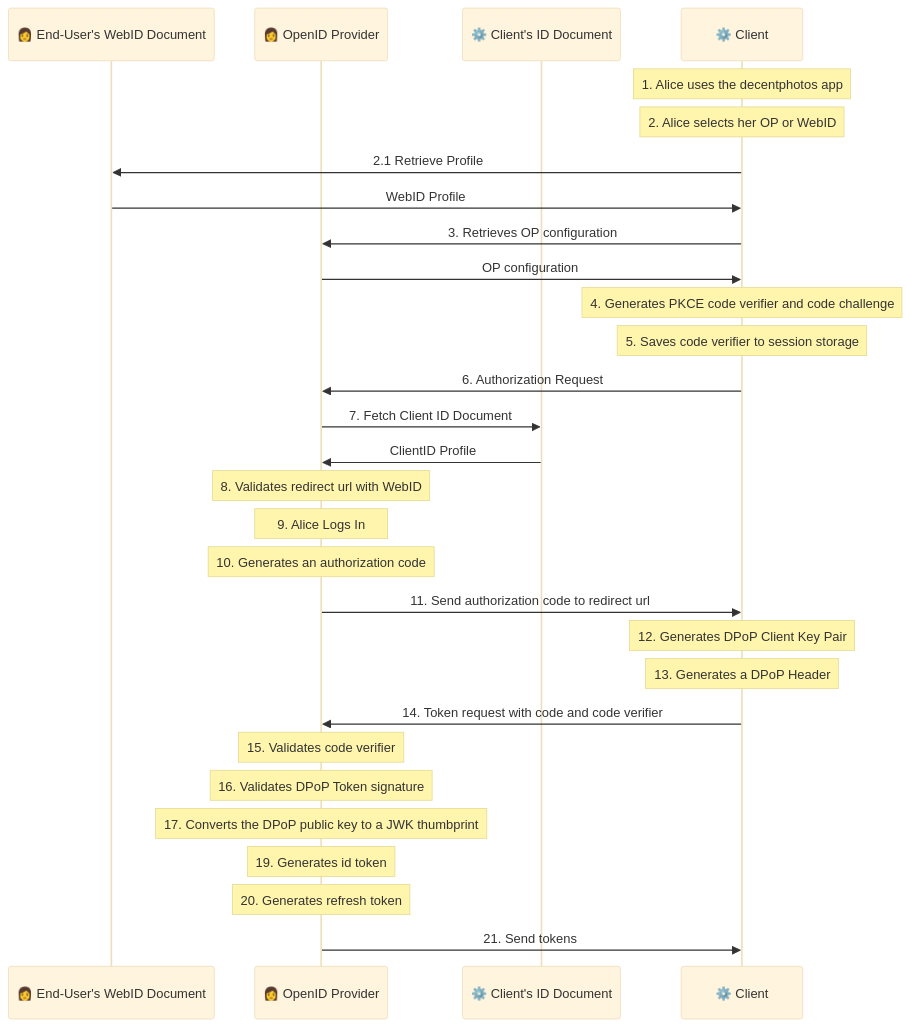
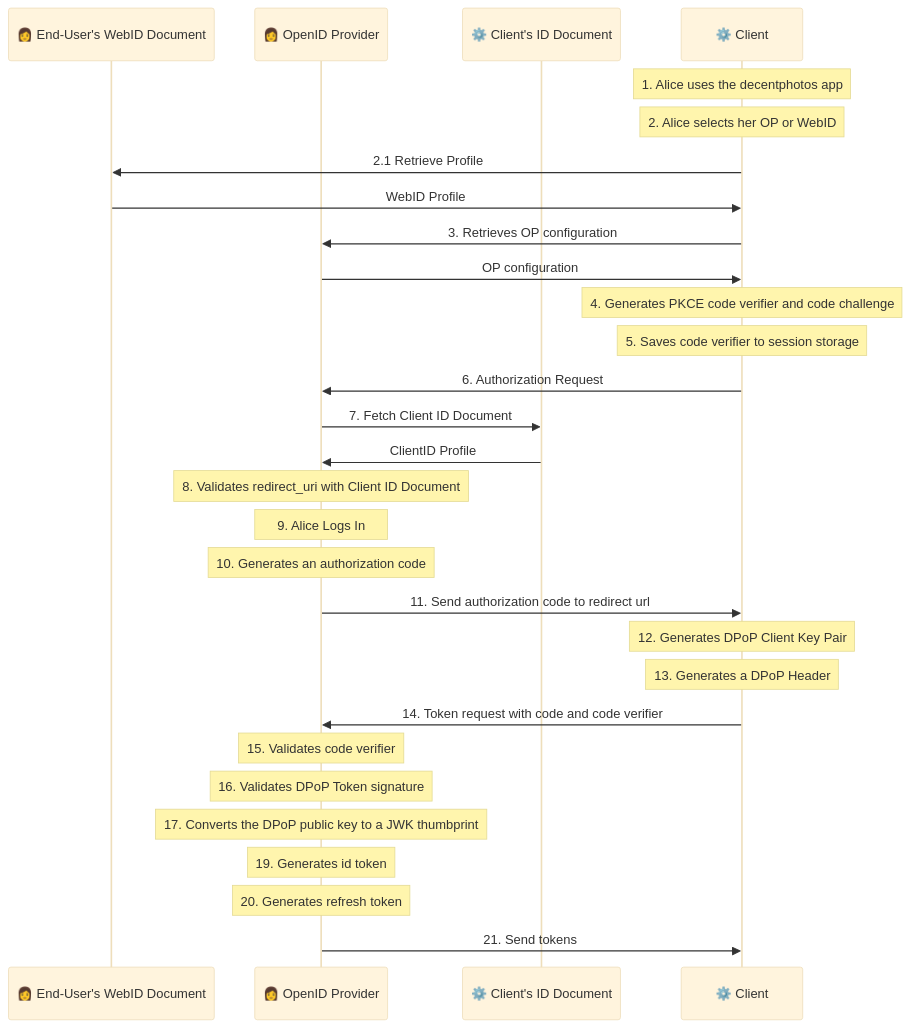
The diagram in primer/primer-login.mmd (solid/solid-oidc), drawn with Mermaid (base theme) before and after one commit.

Commit message:
Login diagram step 8 matches Client ID Document

```diff
--- a/primer/primer-login.mmd
+++ b/primer/primer-login.mmd
@@ -1,29 +1,29 @@
 sequenceDiagram
   participant WebID as 👩 End-User's WebID Document
   participant OP as 👩 OpenID Provider
   participant ClientID as ⚙️ Client's ID Document
   participant Client as ⚙️ Client
   note over Client: 1. Alice uses the decentphotos app
   note over Client: 2. Alice selects her OP or WebID
   Client->>WebID: 2.1 Retrieve Profile
   WebID->>Client: WebID Profile
   Client->>OP: 3. Retrieves OP configuration
   OP->>Client: OP configuration
   note over Client: 4. Generates PKCE code verifier and code challenge
   note over Client: 5. Saves code verifier to session storage
   Client->>OP: 6. Authorization Request
   OP->>ClientID: 7. Fetch Client ID Document
   ClientID->>OP: ClientID Profile
-  note over OP: 8. Validates redirect url with WebID
+  note over OP: 8. Validates redirect_uri with Client ID Document
   note over OP: 9. Alice Logs In
   note over OP: 10. Generates an authorization code
   OP->>Client: 11. Send authorization code to redirect url
   note over Client: 12. Generates DPoP Client Key Pair
   note over Client: 13. Generates a DPoP Header
   Client->>OP: 14. Token request with code and code verifier
   note over OP: 15. Validates code verifier
   note over OP: 16. Validates DPoP Token signature
   note over OP: 17. Converts the DPoP public key to a JWK thumbprint
   note over OP: 19. Generates id token
   note over OP: 20. Generates refresh token
   OP->>Client: 21. Send tokens
```
